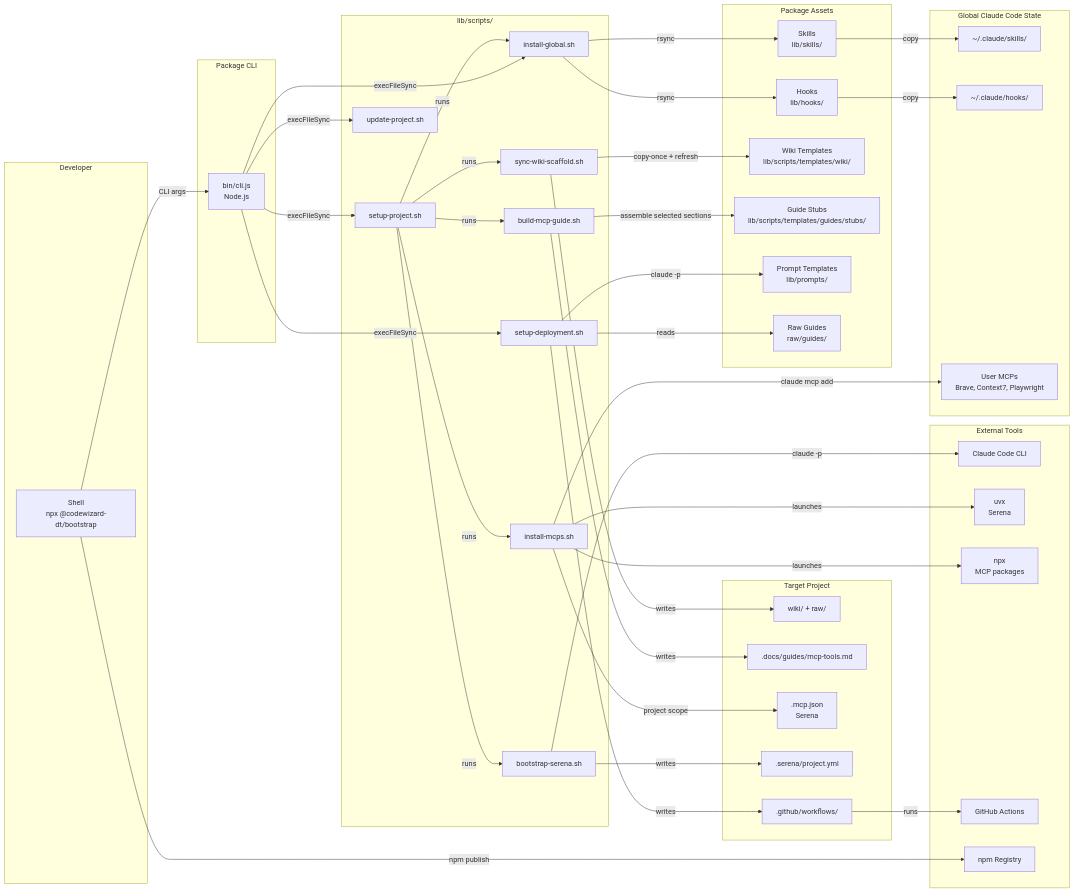
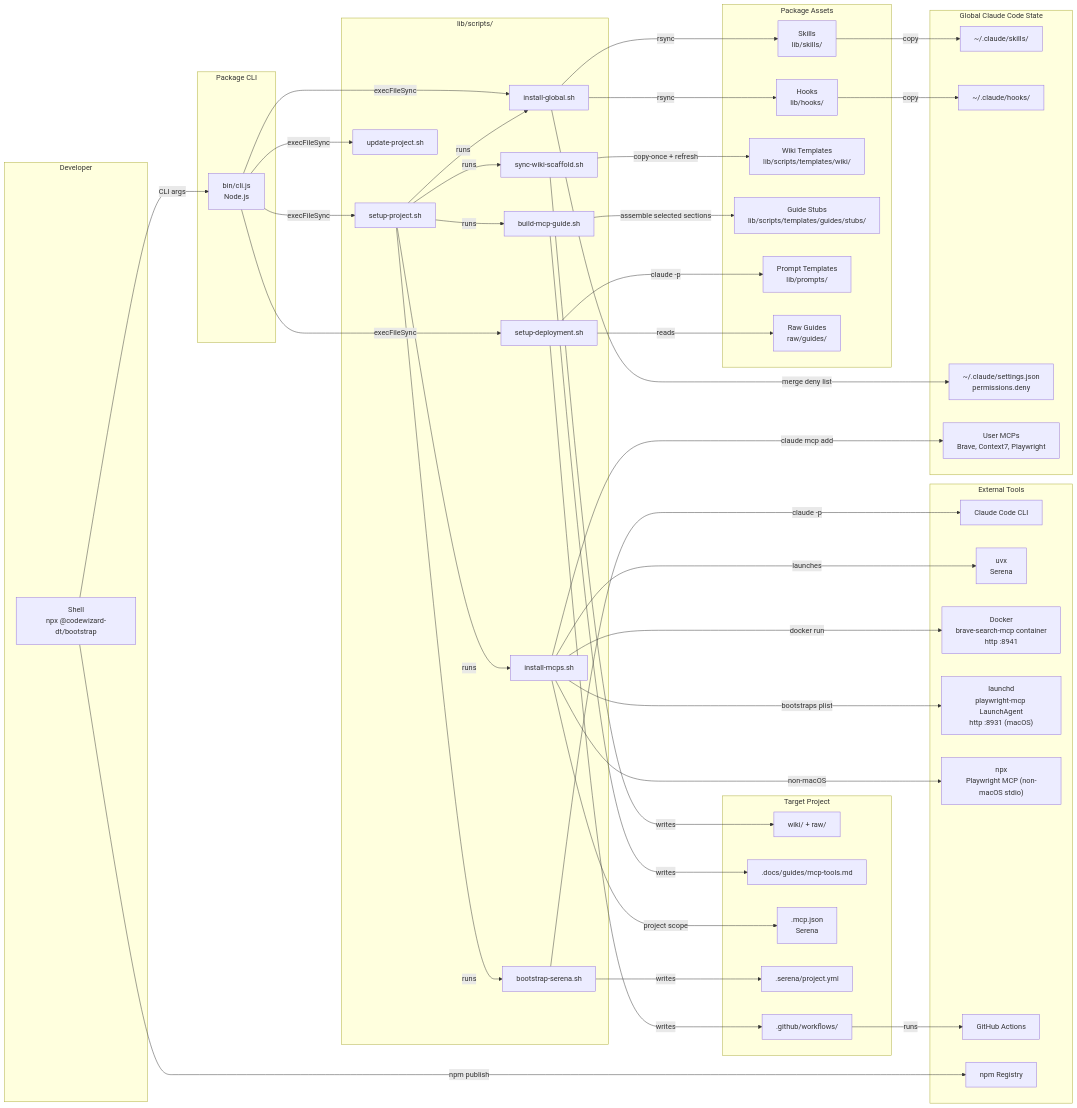
Before and after one commit to codewizard-dt/bootstrap-claude: the first of 3 diagrams in README.md, drawn with Mermaid. The commit also changed other lines of this file and 88 other files, not shown here.

Commit message:
[minor] Release 2.11.0: canonical permissions deny-list sync into ~/.claude/settings.json, skill models to Sonnet 5/Opus 5, MCP shared-HTTP migration (Brave docker :8941, Playwright launchd :8931)

```diff
--- a/README.md
+++ b/README.md
@@ -129,6 +129,7 @@
   subgraph Global ["Global Claude Code State"]
     GSKILLS["~/.claude/skills/"]
     GHOOKS["~/.claude/hooks/"]
+    GSETTINGS["~/.claude/settings.json<br/>permissions.deny"]
     GMCP["User MCPs<br/>Brave, Context7, Playwright"]
   end
 
@@ -143,7 +144,9 @@
   subgraph External ["External Tools"]
     CLAUDE["Claude Code CLI"]
     UVX["uvx<br/>Serena"]
-    NPX["npx<br/>MCP packages"]
+    DOCKER["Docker<br/>brave-search-mcp container<br/>http :8941"]
+    LAUNCHD["launchd<br/>playwright-mcp LaunchAgent<br/>http :8931 (macOS)"]
+    NPX["npx<br/>Playwright MCP (non-macOS stdio)"]
     GHA["GitHub Actions"]
     NPM["npm Registry"]
   end
@@ -160,12 +163,15 @@
   SETUP -->|runs| SERENA
   INSTALL -->|rsync| SKILLS
   INSTALL -->|rsync| HOOKS
+  INSTALL -->|merge deny list| GSETTINGS
   SKILLS -->|copy| GSKILLS
   HOOKS -->|copy| GHOOKS
   MCPS -->|claude mcp add| GMCP
   MCPS -->|project scope| MCP_JSON
   MCPS -->|launches| UVX
-  MCPS -->|launches| NPX
+  MCPS -->|docker run| DOCKER
+  MCPS -->|bootstraps plist| LAUNCHD
+  MCPS -->|non-macOS| NPX
   WIKI -->|copy-once + refresh| TEMPLATES
   WIKI -->|writes| WIKI_DIR
   GUIDE -->|assemble selected sections| STUBS
```
